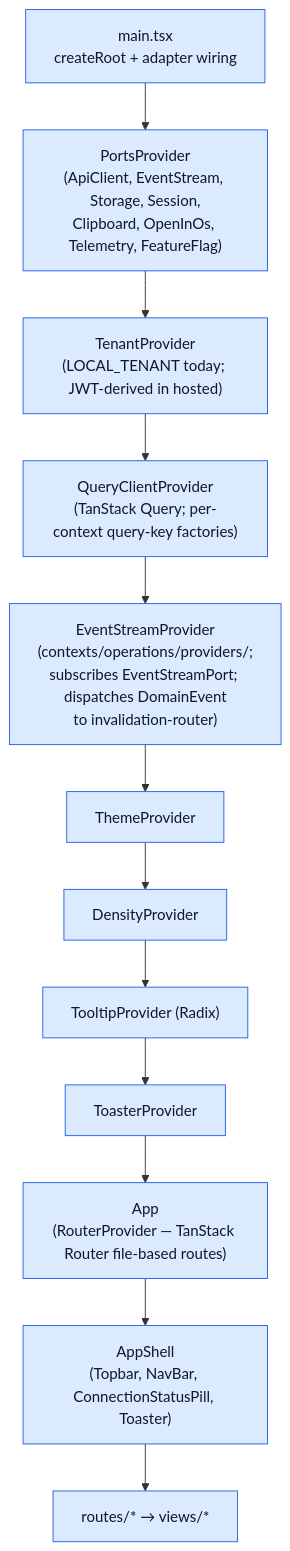
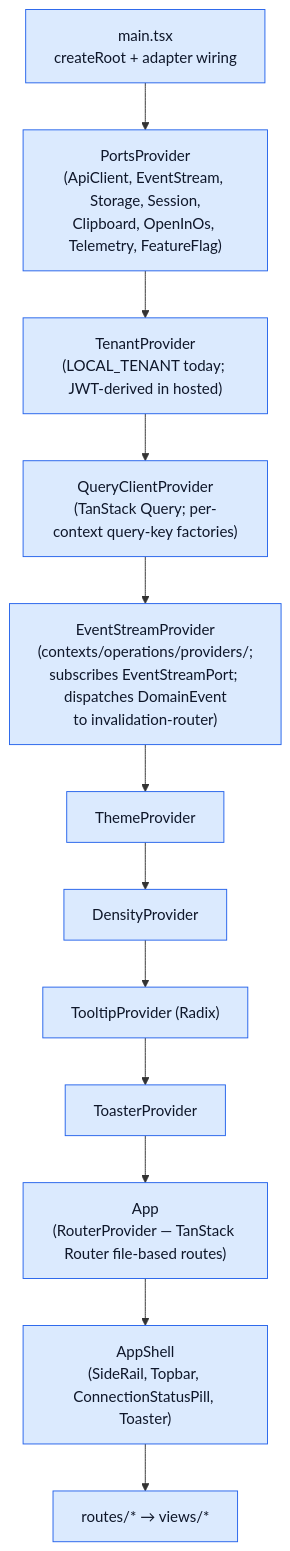
The first of 2 diagrams in docs/architecture/runtime.md (ebarti/JobCtrl), drawn with Mermaid before and after one commit. The commit also changed 111 other files, not shown here.

````diff
--- a/docs/architecture/runtime.md
+++ b/docs/architecture/runtime.md
@@ -129,20 +129,20 @@
 ```mermaid
 flowchart TB
   Main["main.tsx<br/>createRoot + adapter wiring"]
   PP["PortsProvider<br/>(ApiClient, EventStream, Storage, Session,<br/>Clipboard, OpenInOs, Telemetry, FeatureFlag)"]
   TP["TenantProvider<br/>(LOCAL_TENANT today; JWT-derived in hosted)"]
   QC["QueryClientProvider<br/>(TanStack Query; per-context query-key factories)"]
   ES["EventStreamProvider<br/>(contexts/operations/providers/;<br/>subscribes EventStreamPort; dispatches DomainEvent<br/>to invalidation-router)"]
   TH["ThemeProvider"]
   DN["DensityProvider"]
   TT["TooltipProvider (Radix)"]
   TS["ToasterProvider"]
   App["App<br/>(RouterProvider — TanStack Router file-based routes)"]
-  Shell["AppShell<br/>(Topbar, NavBar, ConnectionStatusPill, Toaster)"]
+  Shell["AppShell<br/>(SideRail, Topbar, ConnectionStatusPill, Toaster)"]
   Routes["routes/* → views/*"]
 
   Main --> PP --> TP --> QC --> ES --> TH --> DN --> TT --> TS --> App --> Shell --> Routes
 
   classDef ui fill:#dbeafe,stroke:#2563eb,color:#0f172a
   class Main,PP,TP,QC,ES,TH,DN,TT,TS,App,Shell,Routes ui
 ```
````
